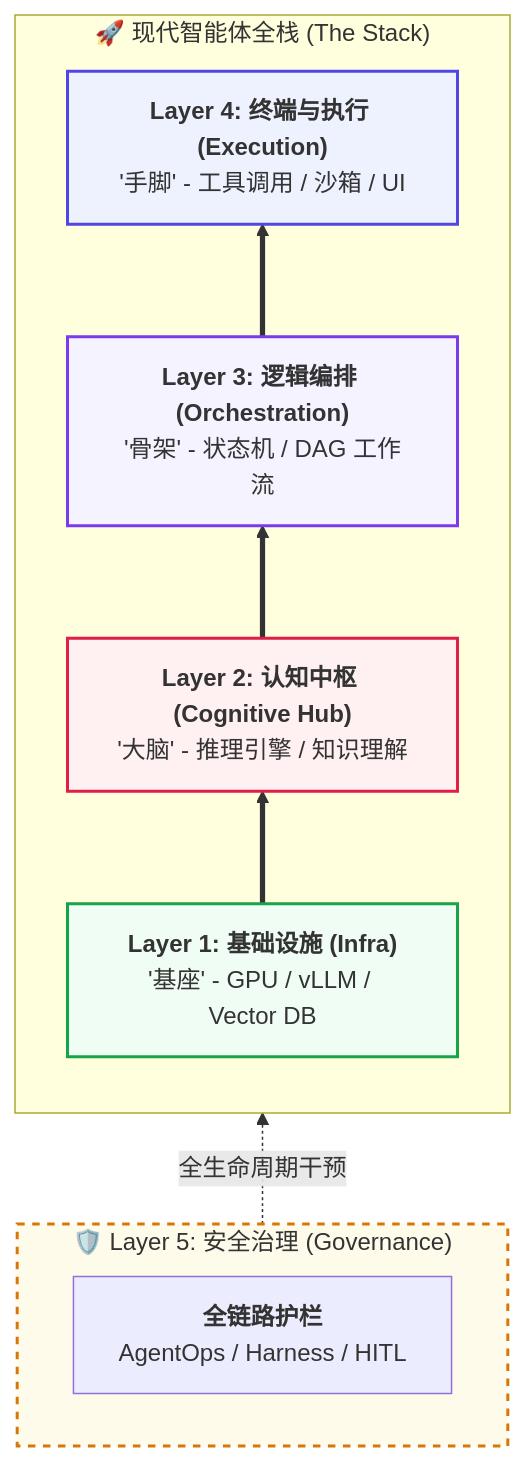
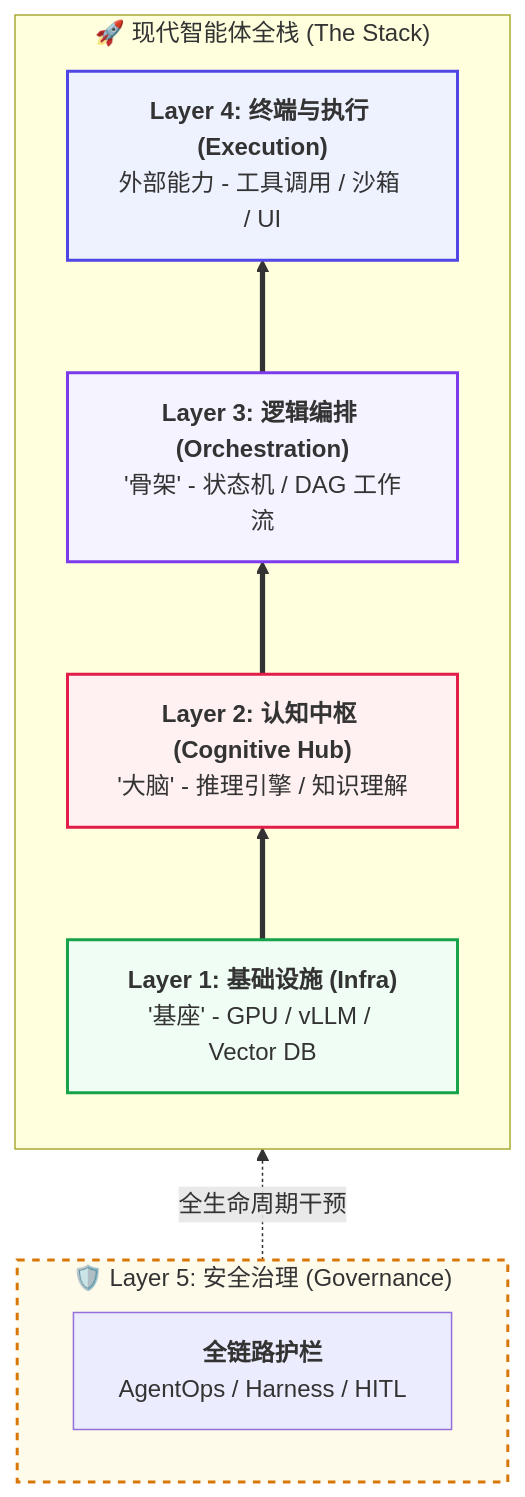
The second of 35 diagrams in doc/AI_Knowledge_Roadmap.md (wangchong2023/lang-chain-graph), drawn with Mermaid before and after one commit. The commit also changed other lines of this file and 1 other file, not shown here.

Commit message:
refactor: reorder chapter 11 sections in AI_Knowledge_Roadmap.md using a dedicated automation script

````diff
--- a/doc/AI_Knowledge_Roadmap.md
+++ b/doc/AI_Knowledge_Roadmap.md
@@ -82,26 +82,26 @@
 ```mermaid
 graph BT
     subgraph Governance ["🛡️ Layer 5: 安全治理 (Governance)"]
         direction LR
         Gov["<b>全链路护栏</b><br/>AgentOps / Harness / HITL"]
     end
 
     subgraph TechStack ["🚀 现代智能体全栈 (The Stack)"]
         direction BT
-        Execution["<b>Layer 4: 终端与执行 (Execution)</b><br/>'手脚' - 工具调用 / 沙箱 / UI"]
+        Execution["<b>Layer 4: 终端与执行 (Execution)</b><br/>外部能力 - 工具调用 / 沙箱 / UI"]
         Orchestration["<b>Layer 3: 逻辑编排 (Orchestration)</b><br/>'骨架' - 状态机 / DAG 工作流"]
         Cognitive["<b>Layer 2: 认知中枢 (Cognitive Hub)</b><br/>'大脑' - 推理引擎 / 知识理解"]
         Infra["<b>Layer 1: 基础设施 (Infra)</b><br/>'基座' - GPU / vLLM / Vector DB"]
         
         Infra ==> Cognitive ==> Orchestration ==> Execution
     end
 
     Governance -. "全生命周期干预" .-> TechStack
 
     %% 样式美化
     style Execution fill:#eef2ff,stroke:#4f46e5,stroke-width:2px
     style Orchestration fill:#f5f3ff,stroke:#7c3aed,stroke-width:2px
     style Cognitive fill:#fff1f2,stroke:#e11d48,stroke-width:2px
     style Infra fill:#f0fdf4,stroke:#16a34a,stroke-width:2px
     style Governance fill:#fffbeb,stroke:#d97706,stroke-width:2px,stroke-dasharray: 5 5
 ```
````
